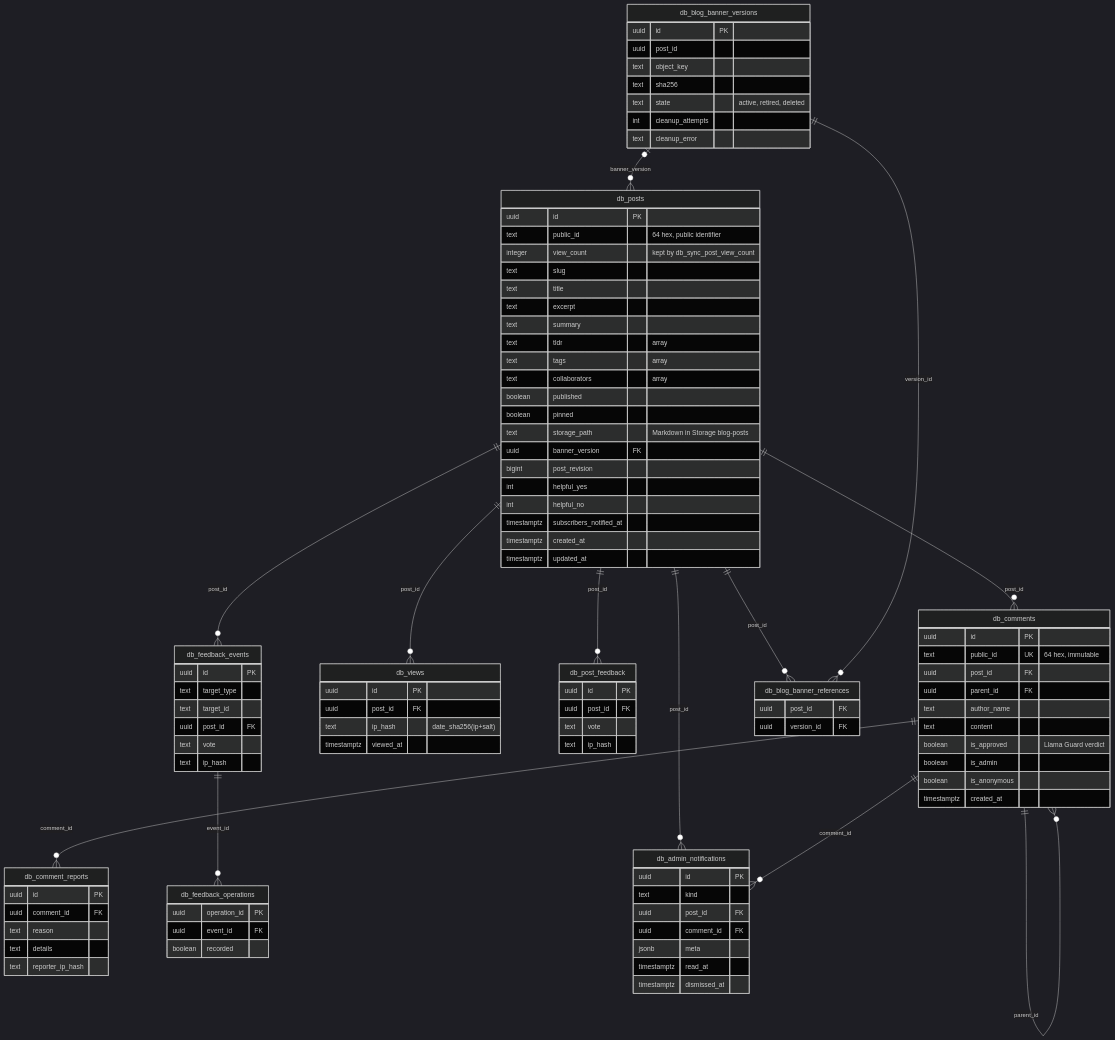
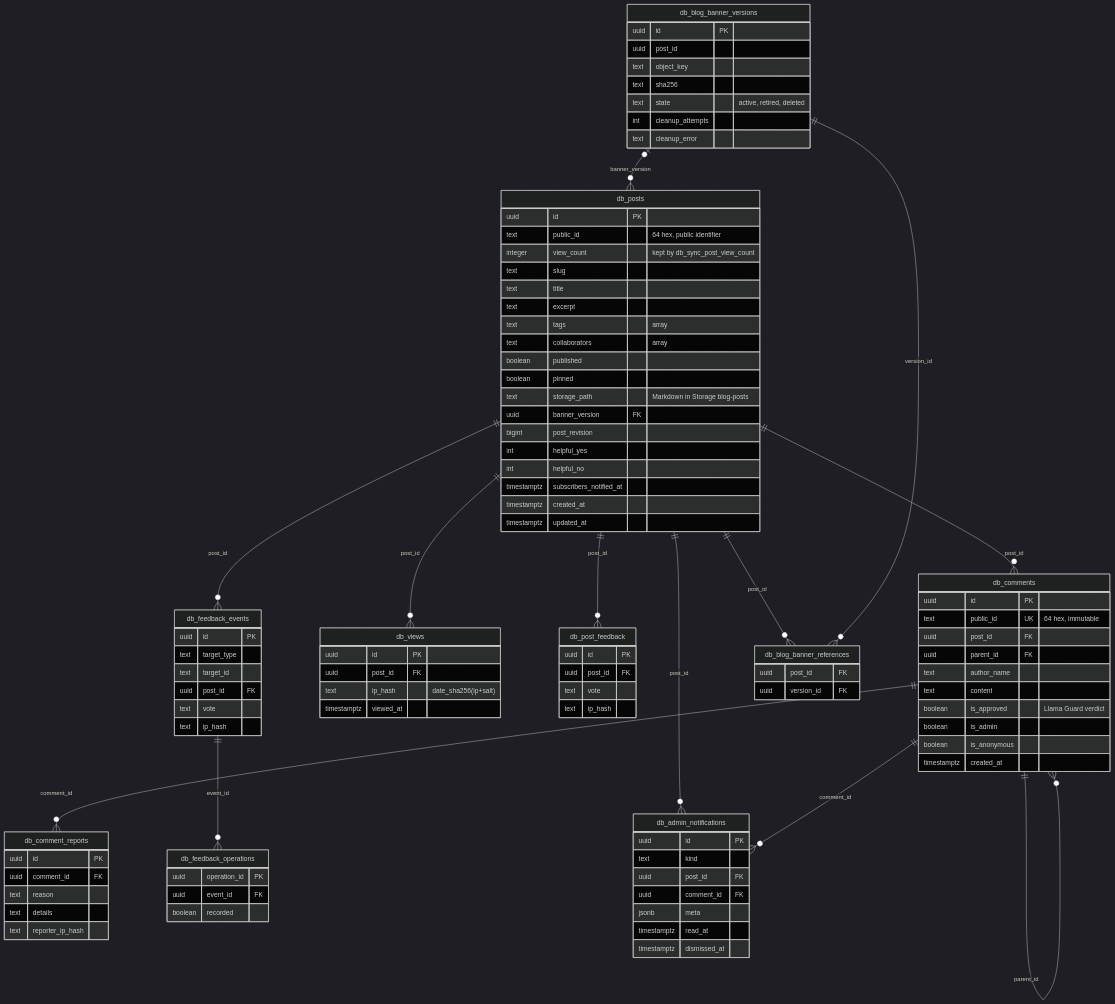
One commit to farhnkrnapratma/idstead changed the first of 2 diagrams in docs/003-architecture/009-database-schema.md. Above: the diagram before and after it, drawn with Mermaid (dark theme). The commit also changed other lines of this file and 34 other files, not shown here.

```diff
--- a/docs/003-architecture/009-database-schema.md
+++ b/docs/003-architecture/009-database-schema.md
@@ -28,8 +28,6 @@
         text slug
         text title
         text excerpt
-        text summary
-        text tldr "array"
         text tags "array"
         text collaborators "array"
         boolean published
```
